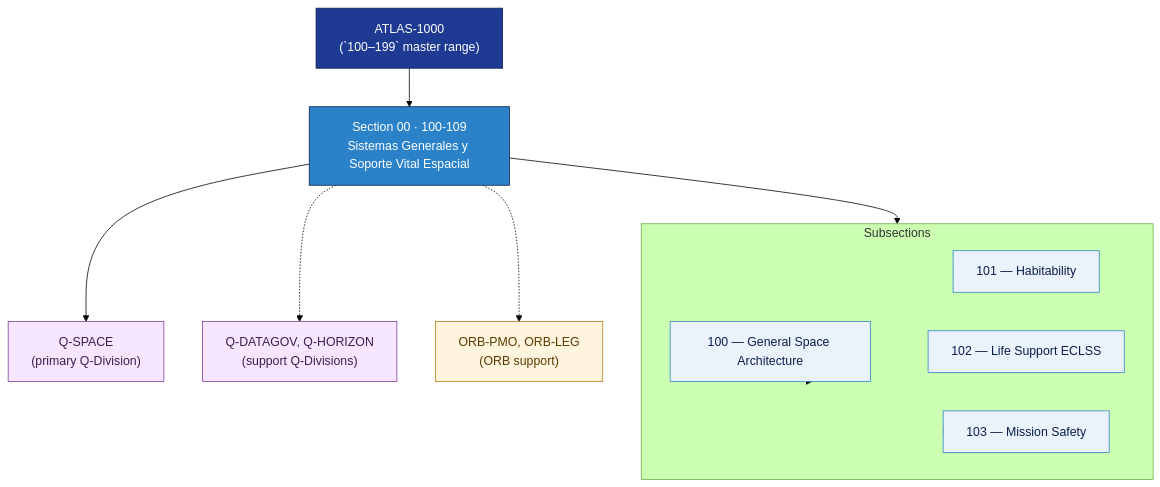
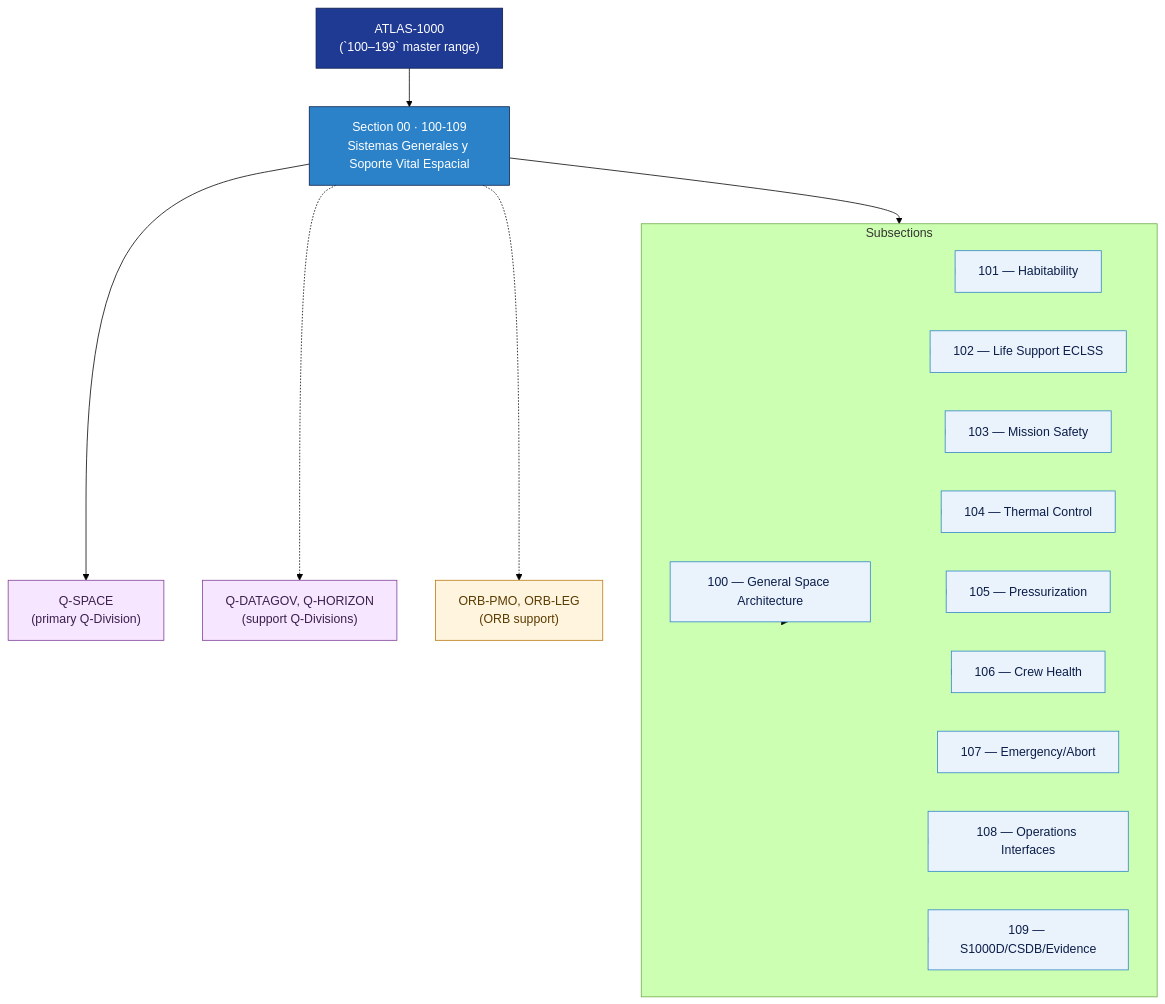
Before and after one commit to AmedeoPelliccia/Qplus-For-All-Queer-People-and-Quantum: the diagram in Q+ATLANTIDE/100-199_STA/100-109_Sistemas-Generales-y-Soporte-Vital-Espacial/README.md, drawn with Mermaid (forest theme). The commit also changed other lines of this file and 66 other files, not shown here.

````diff
--- a/Q+ATLANTIDE/100-199_STA/100-109_Sistemas-Generales-y-Soporte-Vital-Espacial/README.md
+++ b/Q+ATLANTIDE/100-199_STA/100-109_Sistemas-Generales-y-Soporte-Vital-Espacial/README.md
@@ -49,35 +55,47 @@
 ```mermaid
 flowchart TB
     PARENT["ATLAS-1000<br/>(`100–199` master range)"]:::parent
     SEC["Section 00 · 100-109<br/>Sistemas Generales y Soporte Vital Espacial"]:::sec
     PARENT --> SEC
 
     subgraph SUBS["Subsections"]
         direction LR
         SUB_100["100 — General Space Architecture"]:::sub
         SUB_101["101 — Habitability"]:::sub
         SUB_102["102 — Life Support ECLSS"]:::sub
         SUB_103["103 — Mission Safety"]:::sub
+        SUB_104["104 — Thermal Control"]:::sub
+        SUB_105["105 — Pressurization"]:::sub
+        SUB_106["106 — Crew Health"]:::sub
+        SUB_107["107 — Emergency/Abort"]:::sub
+        SUB_108["108 — Operations Interfaces"]:::sub
+        SUB_109["109 — S1000D/CSDB/Evidence"]:::sub
     end
     SEC --> SUBS
 
     QPRIM["Q-SPACE<br/>(primary Q-Division)"]:::qdiv
     QSUPP["Q-DATAGOV, Q-HORIZON<br/>(support Q-Divisions)"]:::qdiv
     ORB["ORB-PMO, ORB-LEG<br/>(ORB support)"]:::orb
 
     SEC --> QPRIM
     SEC -.-> QSUPP
     SEC -.-> ORB
 
     SUBS --> SUB_100
     SUBS --> SUB_101
     SUBS --> SUB_102
     SUBS --> SUB_103
+    SUBS --> SUB_104
+    SUBS --> SUB_105
+    SUBS --> SUB_106
+    SUBS --> SUB_107
+    SUBS --> SUB_108
+    SUBS --> SUB_109
 
     classDef parent fill:#1f3a93,stroke:#0b1d4a,color:#fff
     classDef sec fill:#2c82c9,stroke:#0b1d4a,color:#fff
     classDef sub fill:#eaf3fb,stroke:#2c82c9,color:#0b1d4a
     classDef qdiv fill:#f6e6ff,stroke:#7d3c98,color:#3b1f4d
     classDef orb fill:#fff4dd,stroke:#b9770e,color:#5a3b00
     classDef ext fill:#fdebd0,stroke:#b9770e,color:#5a3b00,stroke-dasharray:3 3
 ```
````
